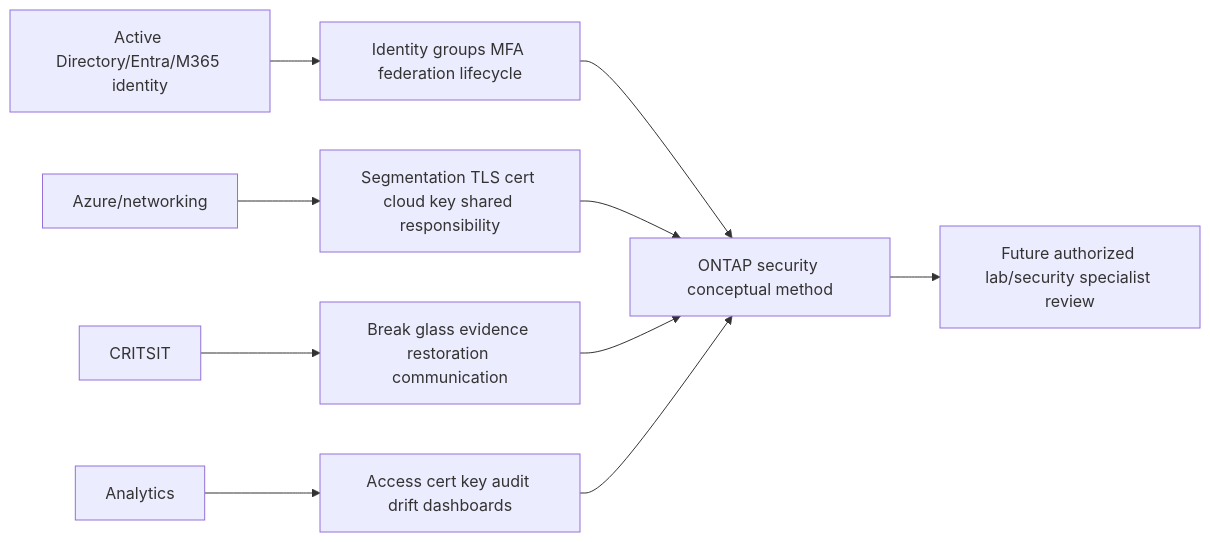
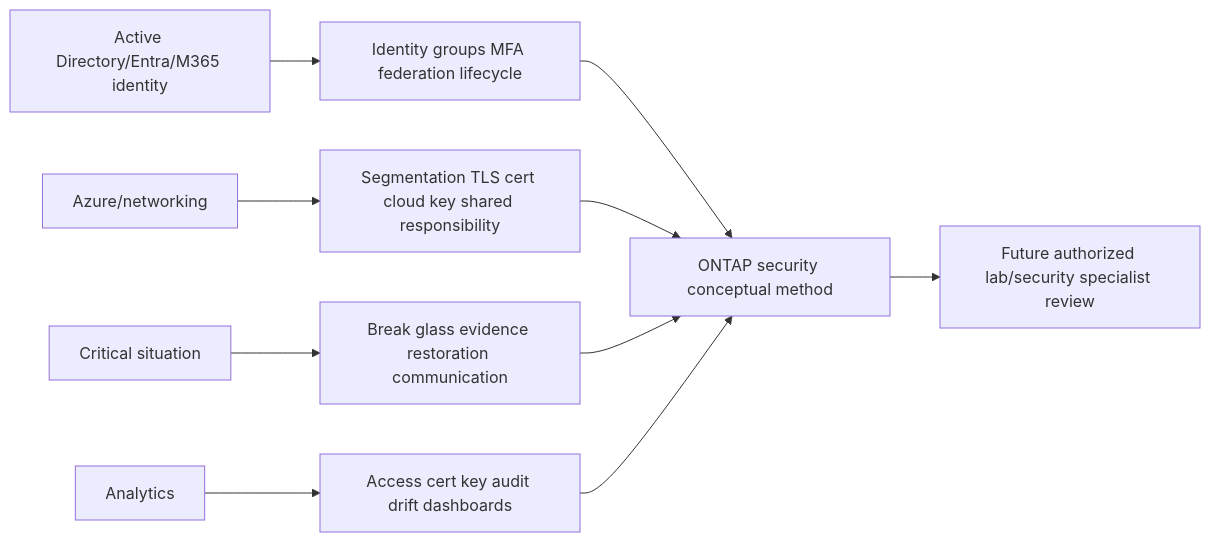
Before and after one commit to hichauhan-in/Interview-Prep: diagram 28 of 29 in NetApp TAM/prep/Part-40-ontap-security-rbac-encryption-audit.md, drawn with Mermaid. The commit also changed other lines of this file and 493 other files, not shown here.

````diff
--- a/NetApp TAM/prep/Part-40-ontap-security-rbac-encryption-audit.md
+++ b/NetApp TAM/prep/Part-40-ontap-security-rbac-encryption-audit.md
@@ -831,12 +831,12 @@
 ```mermaid
 flowchart LR
     AD[Active Directory/Entra/M365 identity] --> IAM[Identity groups MFA federation lifecycle]
     AZ[Azure/networking] --> PKI[Segmentation TLS cert cloud key shared responsibility]
-    CRIT[CRITSIT] --> REC[Break glass evidence restoration communication]
+    CRIT[Critical situation] --> REC[Break glass evidence restoration communication]
     BI[Analytics] --> GOV[Access cert key audit drift dashboards]
     IAM --> ONTAP[ONTAP security conceptual method]
     PKI --> ONTAP
     REC --> ONTAP
     GOV --> ONTAP
     ONTAP --> LAB[Future authorized lab/security specialist review]
 ```
````
